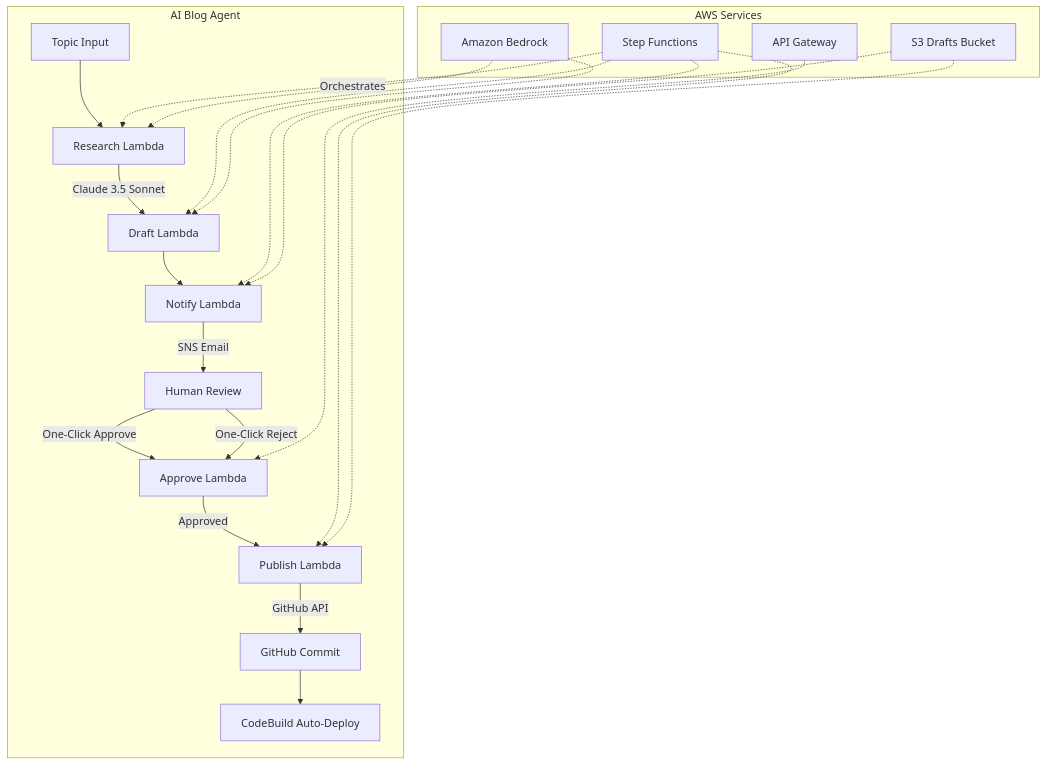
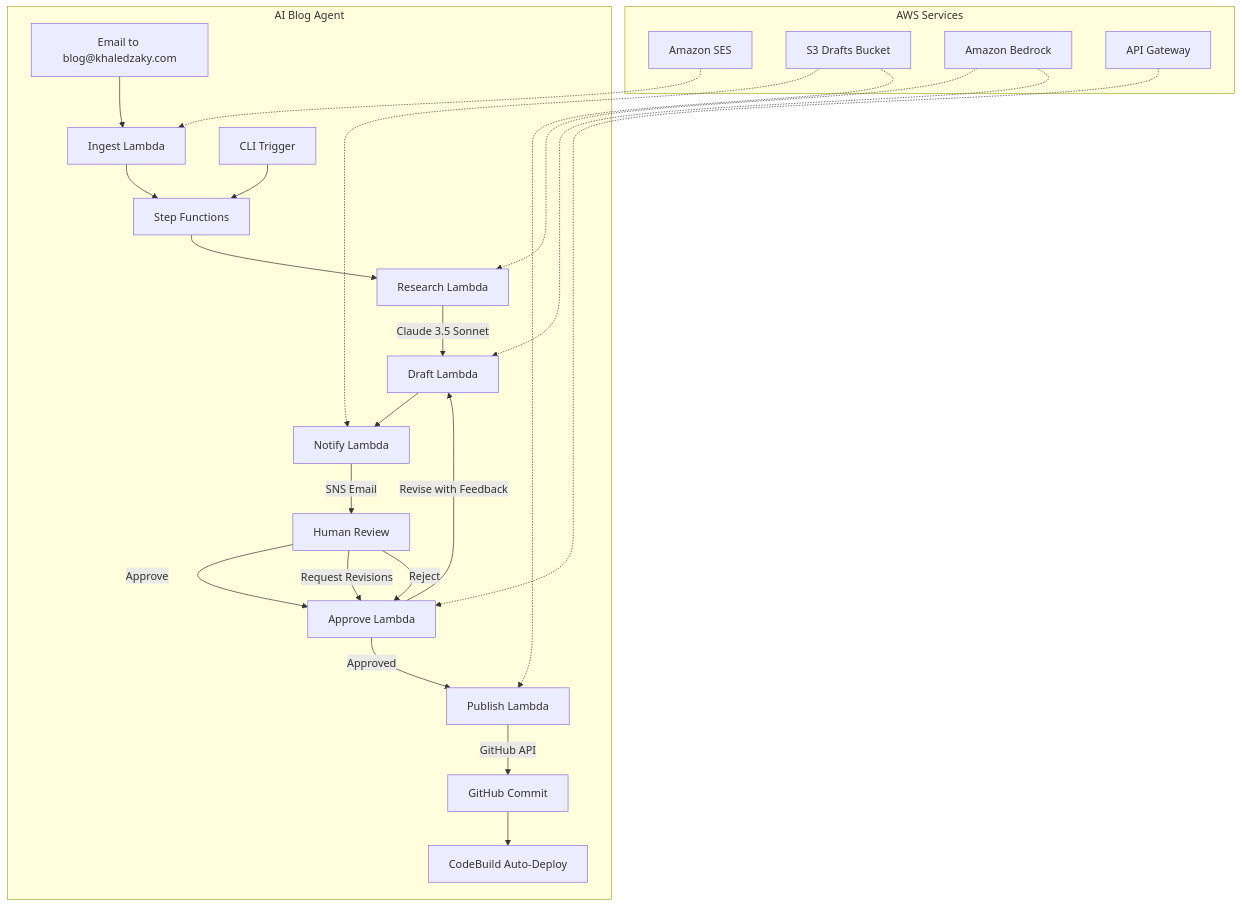
Before and after one commit to kzaky/khaledzaky.com: the second of 4 diagrams in README.md, drawn with Mermaid. The commit also changed other lines of this file, not shown here.

Commit message:
README: document email trigger, revision loop, ingest Lambda, SES, security hardening

````diff
--- a/README.md
+++ b/README.md
@@ -31,26 +31,28 @@
 ```mermaid
 graph TD
     subgraph "AI Blog Agent"
-        T[Topic Input] --> R[Research Lambda]
+        EM[Email to blog@khaledzaky.com] --> IG[Ingest Lambda]
+        CLI[CLI Trigger] --> SF
+        IG --> SF[Step Functions]
+        SF --> R[Research Lambda]
         R -->|Claude 3.5 Sonnet| D[Draft Lambda]
         D --> N[Notify Lambda]
         N -->|SNS Email| U[Human Review]
-        U -->|One-Click Approve| AP[Approve Lambda]
-        U -->|One-Click Reject| AP
+        U -->|Approve| AP[Approve Lambda]
+        U -->|Request Revisions| AP
+        U -->|Reject| AP
         AP -->|Approved| P[Publish Lambda]
+        AP -->|Revise with Feedback| D
         P -->|GitHub API| GH[GitHub Commit]
         GH --> CB[CodeBuild Auto-Deploy]
     end
 
     subgraph "AWS Services"
-        SF[Step Functions] -.->|Orchestrates| R
-        SF -.-> D
-        SF -.-> N
-        SF -.-> P
+        SES[Amazon SES] -.-> IG
         S3[S3 Drafts Bucket] -.-> N
         S3 -.-> P
         BK[Amazon Bedrock] -.-> R
         BK -.-> D
         AG[API Gateway] -.-> AP
     end
 ```
````
